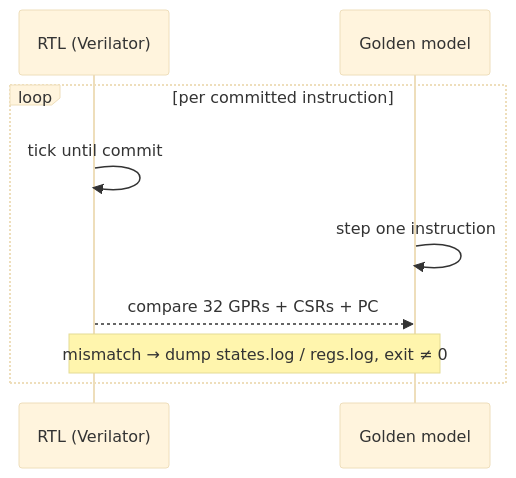
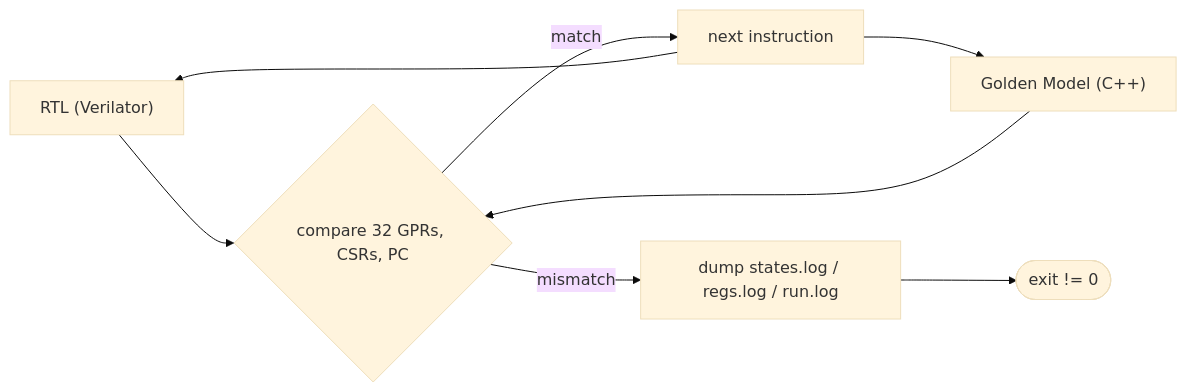
One commit to HirunaVishwamith/Chiron changed the second of 2 diagrams in README.md. Above: the diagram before and after it, drawn with Mermaid (base theme). The commit also changed other lines of this file and 1 other file, not shown here.

````diff
--- a/README.md
+++ b/README.md
@@ -199,11 +193,10 @@
 ```mermaid
-sequenceDiagram
-    participant R as RTL (Verilator)
-    participant G as Golden model
-    loop per committed instruction
-        R->>R: tick until commit
-        G->>G: step one instruction
-        R-->>G: compare 32 GPRs + CSRs + PC
-        Note over R,G: mismatch → dump states.log / regs.log, exit ≠ 0
-    end
+flowchart LR
+    RTL["RTL (Verilator)"] --> CMP{"compare 32 GPRs, CSRs, PC"}
+    GM["Golden Model (C++)"] --> CMP
+    CMP -- match --> NEXT[next instruction]
+    NEXT --> RTL
+    NEXT --> GM
+    CMP -- mismatch --> DUMP["dump states.log / regs.log / run.log"]
+    DUMP --> FAIL([exit != 0])
 ```
````
